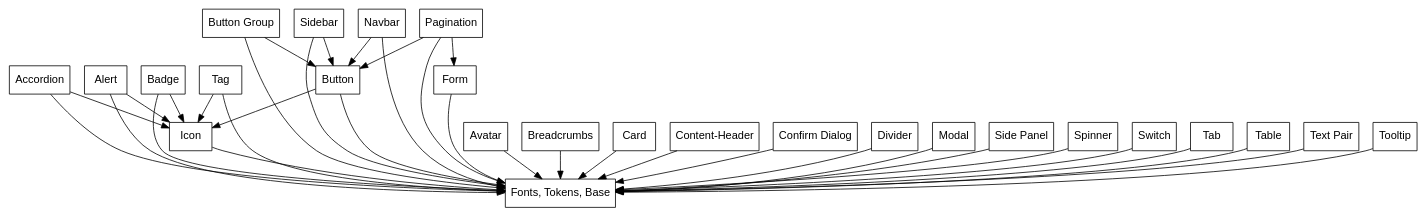
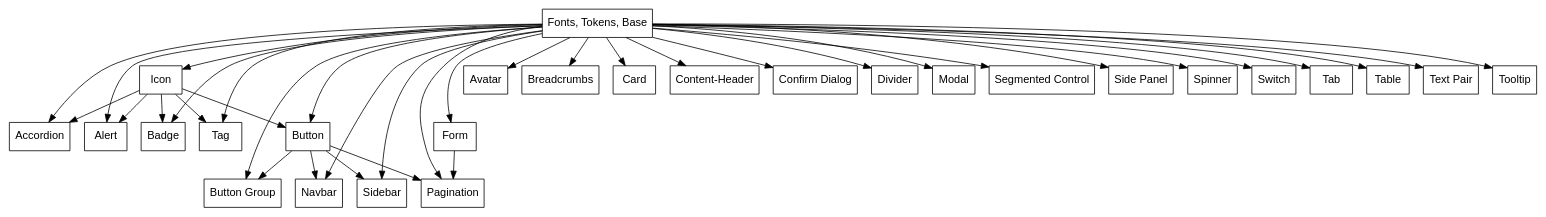
One commit to RoleModel/optics changed the diagram in tools/generate-graph.dot. Above: the diagram before and after it, drawn with Graphviz. The commit also changed 25 other files, not shown here.

First line of the commit message:
Segmented Control (#292)

```diff
--- a/tools/generate-graph.dot
+++ b/tools/generate-graph.dot
@@ -1,52 +1,47 @@
 digraph dependencies {
   fontname = "Helvetica,Arial,sans-serif";
   node [fontname = "Helvetica,Arial,sans-serif";];
   edge [fontname = "Helvetica,Arial,sans-serif";];
   node [shape = box;];
   "Fonts, Tokens, Base";
 
-  "Accordion" -> "Fonts, Tokens, Base";
-  "Accordion" -> "Icon";
+  "Fonts, Tokens, Base" -> "Accordion";
+  "Fonts, Tokens, Base" -> "Alert";
+  "Fonts, Tokens, Base" -> "Avatar";
+  "Fonts, Tokens, Base" -> "Badge";
+  "Fonts, Tokens, Base" -> "Breadcrumbs";
+  "Fonts, Tokens, Base" -> "Button";
+  "Fonts, Tokens, Base" -> "Button Group";
+  "Fonts, Tokens, Base" -> "Card";
+  "Fonts, Tokens, Base" -> "Content-Header";
+  "Fonts, Tokens, Base" -> "Confirm Dialog";
+  "Fonts, Tokens, Base" -> "Divider";
+  "Fonts, Tokens, Base" -> "Form";
+  "Fonts, Tokens, Base" -> "Icon";
+  "Fonts, Tokens, Base" -> "Modal";
+  "Fonts, Tokens, Base" -> "Navbar";
+  "Fonts, Tokens, Base" -> "Pagination";
+  "Fonts, Tokens, Base" -> "Segmented Control";
+  "Fonts, Tokens, Base" -> "Sidebar";
+  "Fonts, Tokens, Base" -> "Side Panel";
+  "Fonts, Tokens, Base" -> "Spinner";
+  "Fonts, Tokens, Base" -> "Switch";
+  "Fonts, Tokens, Base" -> "Tab";
+  "Fonts, Tokens, Base" -> "Table";
+  "Fonts, Tokens, Base" -> "Tag";
+  "Fonts, Tokens, Base" -> "Text Pair";
+  "Fonts, Tokens, Base" -> "Tooltip";
 
-  "Alert" -> "Fonts, Tokens, Base";
-  "Alert" -> "Icon";
+  "Icon" -> "Accordion";
+  "Icon" -> "Alert";
+  "Icon" -> "Badge";
+  "Icon" -> "Button";
+  "Icon" -> "Tag";
 
-  "Badge" -> "Fonts, Tokens, Base";
-  "Badge" -> "Icon";
+  "Button" -> "Button Group";
+  "Button" -> "Sidebar";
+  "Button" -> "Navbar";
+  "Button" -> "Pagination";
 
-  "Button" -> "Fonts, Tokens, Base";
-  "Button" -> "Icon";
-
-  "Tag" -> "Fonts, Tokens, Base";
-  "Tag" -> "Icon";
-
-  "Button Group" -> "Fonts, Tokens, Base";
-  "Button Group" -> "Button";
-
-  "Sidebar" -> "Fonts, Tokens, Base";
-  "Sidebar" -> "Button";
-
-  "Navbar" -> "Fonts, Tokens, Base";
-  "Navbar" -> "Button";
-
-  "Pagination" -> "Button";
-  "Pagination" -> "Form";
-  "Pagination" -> "Fonts, Tokens, Base";
-
-  "Avatar" -> "Fonts, Tokens, Base";
-  "Breadcrumbs" -> "Fonts, Tokens, Base";
-  "Card" -> "Fonts, Tokens, Base";
-  "Content-Header" -> "Fonts, Tokens, Base";
-  "Confirm Dialog" -> "Fonts, Tokens, Base";
-  "Divider" -> "Fonts, Tokens, Base";
-  "Form" -> "Fonts, Tokens, Base";
-  "Icon" -> "Fonts, Tokens, Base";
-  "Modal" -> "Fonts, Tokens, Base";
-  "Side Panel" -> "Fonts, Tokens, Base";
-  "Spinner" -> "Fonts, Tokens, Base";
-  "Switch" -> "Fonts, Tokens, Base";
-  "Tab" -> "Fonts, Tokens, Base";
-  "Table" -> "Fonts, Tokens, Base";
-  "Text Pair" -> "Fonts, Tokens, Base";
-  "Tooltip" -> "Fonts, Tokens, Base";
+  "Form" -> "Pagination";
 }
```
